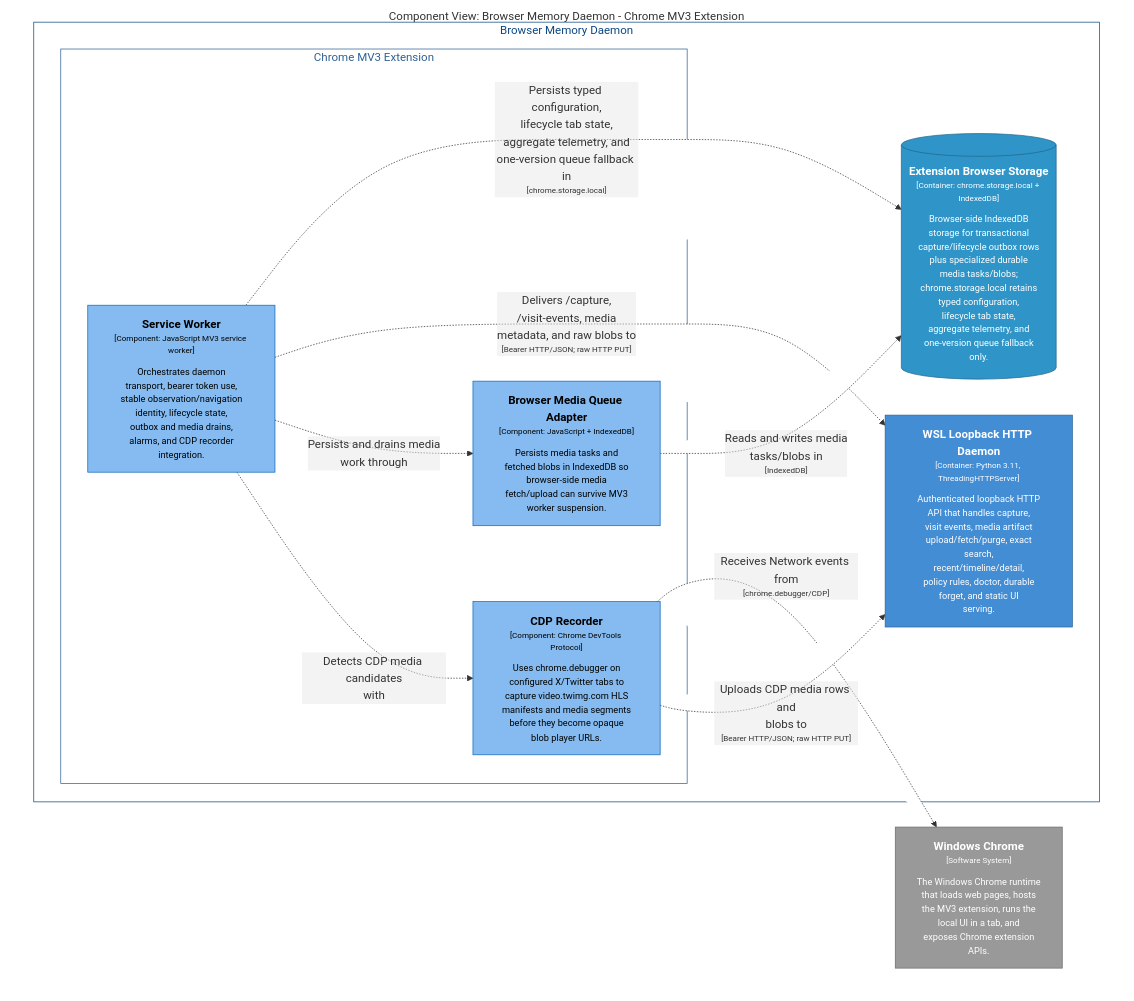
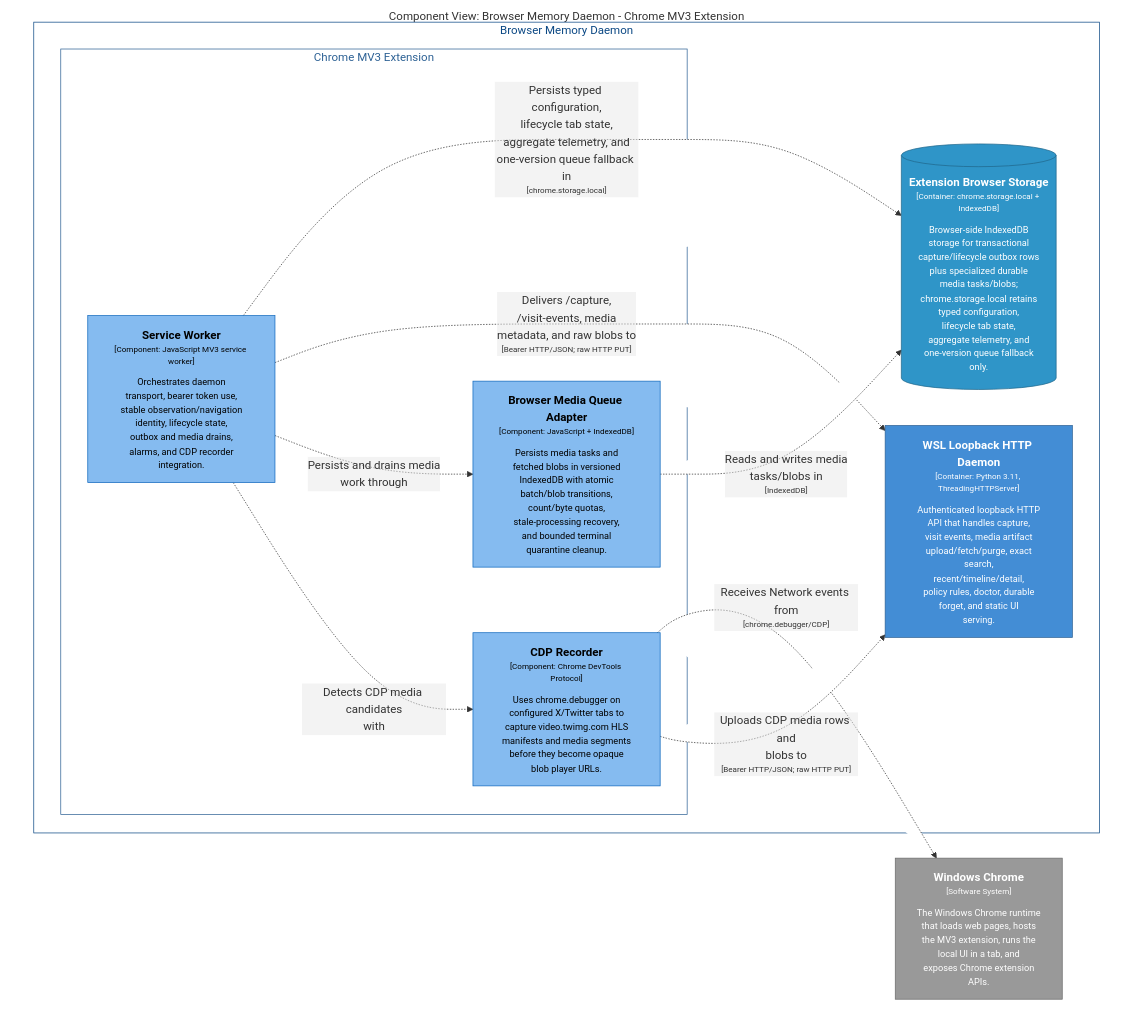
Diagram 21 of 25 in docs/architecture/c4-diagrams.md (michaelnicks0/browser-memory-daemon), drawn with Mermaid before and after one commit. The commit also changed 38 other files, not shown here.

Commit message:
feat(extension): harden media task and blob lifecycle

````diff
--- a/docs/architecture/c4-diagrams.md
+++ b/docs/architecture/c4-diagrams.md
@@ -1470,40 +1470,40 @@
 ```mermaid
 graph TB
   linkStyle default fill:#ffffff
 
   subgraph diagram ["Component View: Browser Memory Daemon - Chrome MV3 Extension"]
     style diagram fill:#ffffff,stroke:#ffffff
 
     2["<div style='font-weight: bold'>Windows Chrome</div><div style='font-size: 70%; margin-top: 0px'>[Software System]</div><div style='font-size: 80%; margin-top:10px'>The Windows Chrome runtime<br />that loads web pages, hosts<br />the MV3 extension, runs the<br />local UI in a tab, and<br />exposes Chrome extension<br />APIs.</div>"]
     style 2 fill:#999999,stroke:#6b6b6b,color:#ffffff
 
     subgraph 4 ["Browser Memory Daemon"]
       style 4 fill:#ffffff,stroke:#0b4884,color:#0b4884
 
       subgraph 5 ["Chrome MV3 Extension"]
         style 5 fill:#ffffff,stroke:#2e6295,color:#2e6295
 
-        11["<div style='font-weight: bold'>Browser Media Queue Adapter</div><div style='font-size: 70%; margin-top: 0px'>[Component: JavaScript + IndexedDB]</div><div style='font-size: 80%; margin-top:10px'>Persists media tasks and<br />fetched blobs in IndexedDB so<br />browser-side media<br />fetch/upload can survive MV3<br />worker suspension.</div>"]
+        11["<div style='font-weight: bold'>Browser Media Queue Adapter</div><div style='font-size: 70%; margin-top: 0px'>[Component: JavaScript + IndexedDB]</div><div style='font-size: 80%; margin-top:10px'>Persists media tasks and<br />fetched blobs in versioned<br />IndexedDB with atomic<br />batch/blob transitions,<br />count/byte quotas,<br />stale-processing recovery,<br />and bounded terminal<br />quarantine cleanup.</div>"]
         style 11 fill:#85bbf0,stroke:#1168bd,color:#000000
         12["<div style='font-weight: bold'>CDP Recorder</div><div style='font-size: 70%; margin-top: 0px'>[Component: Chrome DevTools Protocol]</div><div style='font-size: 80%; margin-top:10px'>Uses chrome.debugger on<br />configured X/Twitter tabs to<br />capture video.twimg.com HLS<br />manifests and media segments<br />before they become opaque<br />blob player URLs.</div>"]
         style 12 fill:#85bbf0,stroke:#1168bd,color:#000000
         9["<div style='font-weight: bold'>Service Worker</div><div style='font-size: 70%; margin-top: 0px'>[Component: JavaScript MV3 service worker]</div><div style='font-size: 80%; margin-top:10px'>Orchestrates daemon<br />transport, bearer token use,<br />stable observation/navigation<br />identity, lifecycle state,<br />outbox and media drains,<br />alarms, and CDP recorder<br />integration.</div>"]
         style 9 fill:#85bbf0,stroke:#1168bd,color:#000000
       end
 
       14[("<div style='font-weight: bold'>Extension Browser Storage</div><div style='font-size: 70%; margin-top: 0px'>[Container: chrome.storage.local + IndexedDB]</div><div style='font-size: 80%; margin-top:10px'>Browser-side IndexedDB<br />storage for transactional<br />capture/lifecycle outbox rows<br />plus specialized durable<br />media tasks/blobs;<br />chrome.storage.local retains<br />typed configuration,<br />lifecycle tab state,<br />aggregate telemetry, and<br />one-version queue fallback<br />only.</div>")]
       style 14 fill:#2f95c8,stroke:#20688c,color:#ffffff
       15["<div style='font-weight: bold'>WSL Loopback HTTP Daemon</div><div style='font-size: 70%; margin-top: 0px'>[Container: Python 3.11, ThreadingHTTPServer]</div><div style='font-size: 80%; margin-top:10px'>Authenticated loopback HTTP<br />API that handles capture,<br />visit events, media artifact<br />upload/fetch/purge, exact<br />search,<br />recent/timeline/detail,<br />policy rules, doctor, durable<br />forget, and static UI<br />serving.</div>"]
       style 15 fill:#438dd5,stroke:#2e6295,color:#ffffff
     end
 
     9-. "<div>Persists typed configuration,<br />lifecycle tab state,<br />aggregate telemetry, and<br />one-version queue fallback in</div><div style='font-size: 70%'>[chrome.storage.local]</div>" .->14
     9-. "<div>Delivers /capture,<br />/visit-events, media<br />metadata, and raw blobs to</div><div style='font-size: 70%'>[Bearer HTTP/JSON; raw HTTP PUT]</div>" .->15
     9-. "<div>Persists and drains media<br />work through</div><div style='font-size: 70%'></div>" .->11
     11-. "<div>Reads and writes media<br />tasks/blobs in</div><div style='font-size: 70%'>[IndexedDB]</div>" .->14
     9-. "<div>Detects CDP media candidates<br />with</div><div style='font-size: 70%'></div>" .->12
     12-. "<div>Receives Network events from</div><div style='font-size: 70%'>[chrome.debugger/CDP]</div>" .->2
     12-. "<div>Uploads CDP media rows and<br />blobs to</div><div style='font-size: 70%'>[Bearer HTTP/JSON; raw HTTP PUT]</div>" .->15
 
   end
 ```
````
